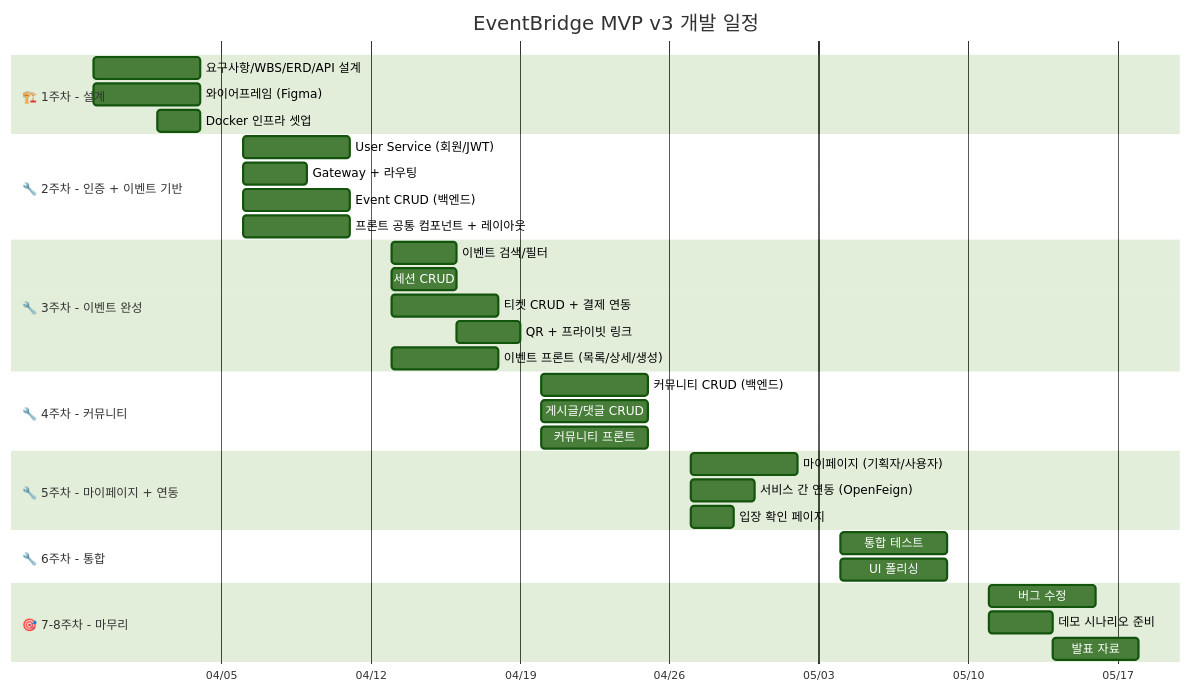
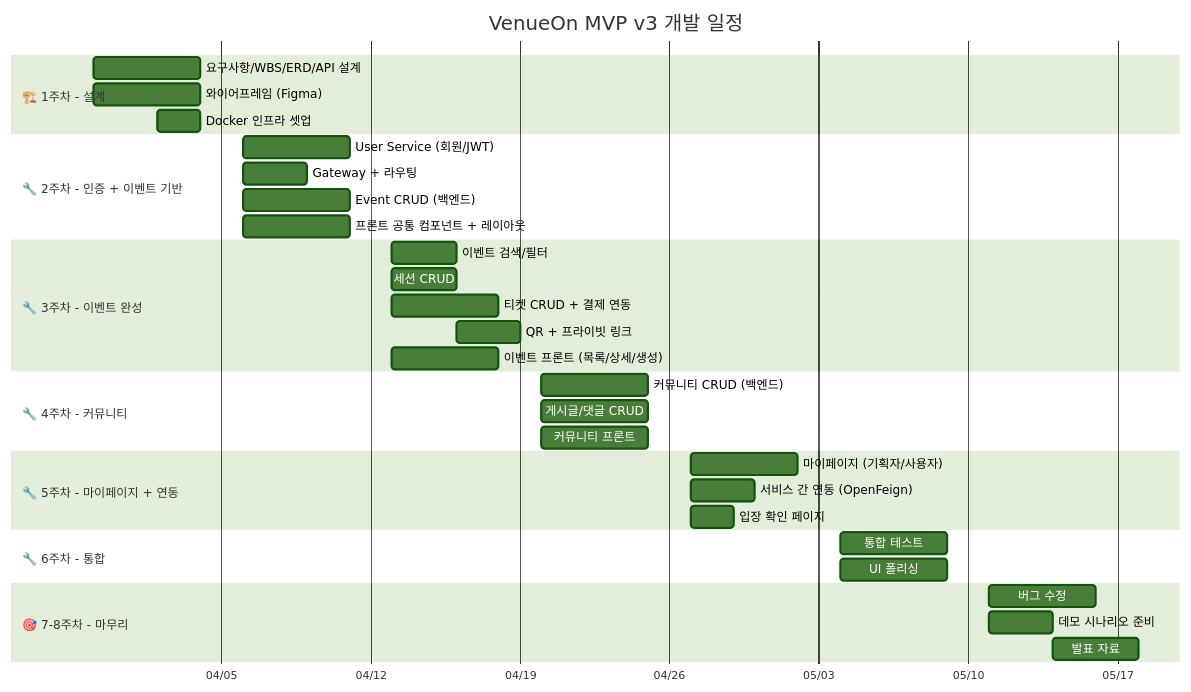
The fifth of 5 diagrams in MVP_아키텍처_v3.md (newlecture-ibm2/team3-jangane-venueon), drawn with Mermaid (forest theme) before and after one commit. The commit also changed other lines of this file and 1 other file, not shown here.

Commit message:
chore: 프로젝트명 변경 (EventBridge -> VenueOn)

````diff
--- a/MVP_아키텍처_v3.md
+++ b/MVP_아키텍처_v3.md
@@ -1020,43 +1020,43 @@
 ```mermaid
 gantt
-    title EventBridge MVP v3 개발 일정
+    title VenueOn MVP v3 개발 일정
     dateFormat  YYYY-MM-DD
     axisFormat  %m/%d
 
     section 🏗️ 1주차 - 설계
     요구사항/WBS/ERD/API 설계   :a1, 2026-03-30, 5d
     와이어프레임 (Figma)        :a2, 2026-03-30, 5d
     Docker 인프라 셋업          :a3, 2026-04-02, 2d
 
     section 🔧 2주차 - 인증 + 이벤트 기반
     User Service (회원/JWT)     :b1, 2026-04-06, 5d
     Gateway + 라우팅             :b2, 2026-04-06, 3d
     Event CRUD (백엔드)         :b3, 2026-04-06, 5d
     프론트 공통 컴포넌트 + 레이아웃 :b4, 2026-04-06, 5d
 
     section 🔧 3주차 - 이벤트 완성
     이벤트 검색/필터             :c1, 2026-04-13, 3d
     세션 CRUD                   :c2, 2026-04-13, 3d
     티켓 CRUD + 결제 연동        :c3, 2026-04-13, 5d
     QR + 프라이빗 링크           :c4, 2026-04-16, 3d
     이벤트 프론트 (목록/상세/생성) :c5, 2026-04-13, 5d
 
     section 🔧 4주차 - 커뮤니티
     커뮤니티 CRUD (백엔드)       :d1, 2026-04-20, 5d
     게시글/댓글 CRUD             :d2, 2026-04-20, 5d
     커뮤니티 프론트               :d3, 2026-04-20, 5d
 
     section 🔧 5주차 - 마이페이지 + 연동
     마이페이지 (기획자/사용자)     :e1, 2026-04-27, 5d
     서비스 간 연동 (OpenFeign)    :e2, 2026-04-27, 3d
     입장 확인 페이지              :e3, 2026-04-27, 2d
 
     section 🔧 6주차 - 통합
     통합 테스트                  :f1, 2026-05-04, 5d
     UI 폴리싱                   :f2, 2026-05-04, 5d
 
     section 🎯 7-8주차 - 마무리
     버그 수정                    :g1, 2026-05-11, 5d
     데모 시나리오 준비            :g2, 2026-05-11, 3d
     발표 자료                    :g3, 2026-05-14, 4d
 ```
````
